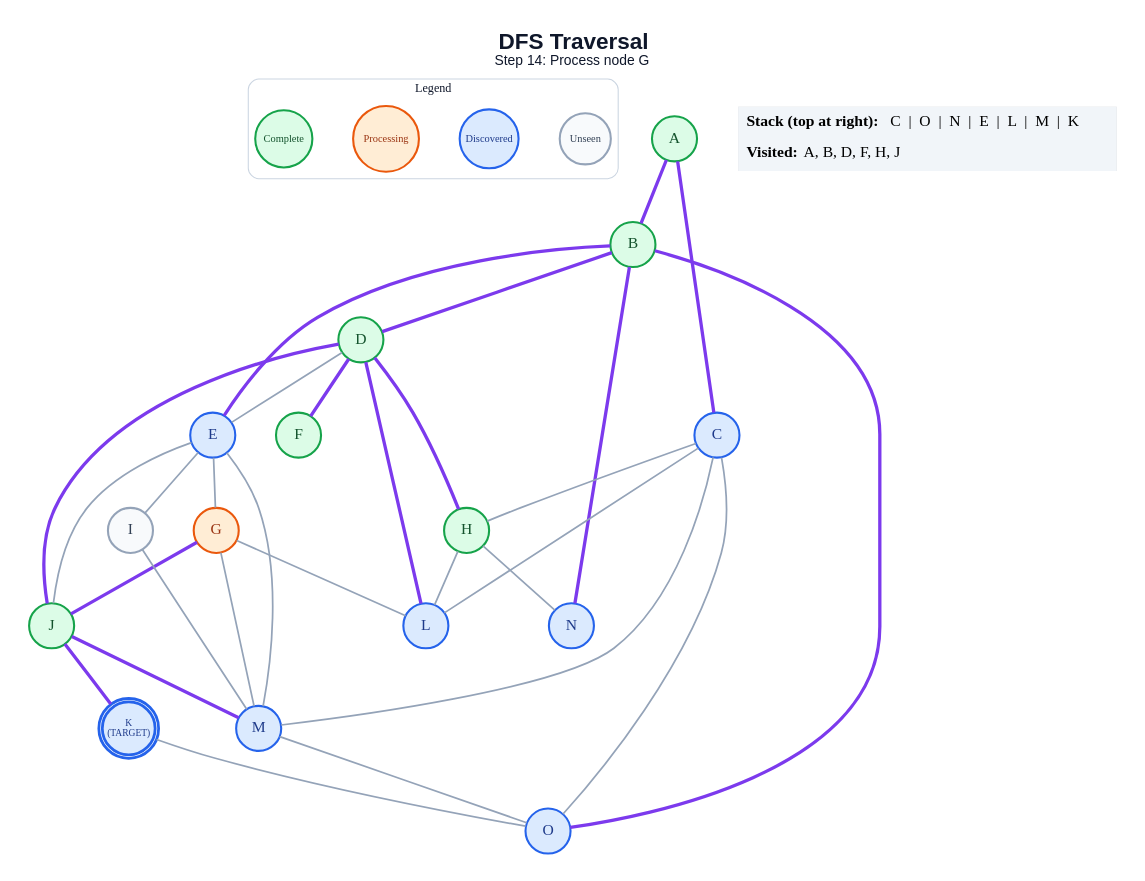
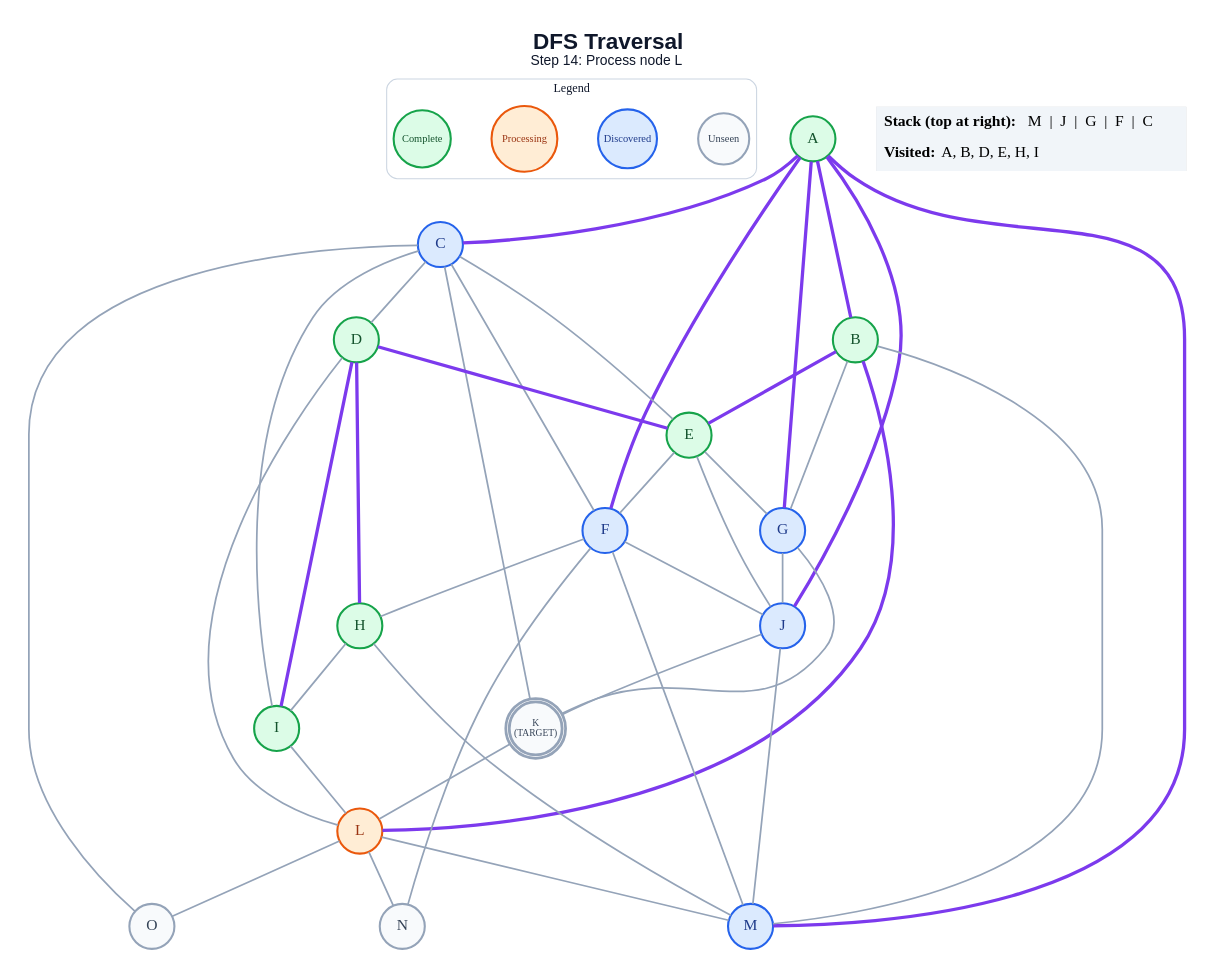
Before and after one commit to anon7238593-create/ai-slop: the diagram in generated/dfs/step_14.dot, drawn with Graphviz. The commit also changed 279 other files, not shown here.

```diff
--- a/generated/dfs/step_14.dot
+++ b/generated/dfs/step_14.dot
@@ -1,63 +1,72 @@
 graph traversal {
   graph [layout=dot, rankdir=TB, bgcolor="#FFFFFF", pad="0.35", nodesep="0.65", ranksep="0.8", fontname="Arial"];
   node [shape=circle, style="filled", fontname="Arial Bold", fontsize=18, width=0.72, fixedsize=true, penwidth=2.4];
   edge [color="#94A3B8", penwidth=2.0];
-  label=<<B>DFS Traversal</B><BR/><FONT POINT-SIZE="16">Step 14: Process node G</FONT>>; labelloc="t"; fontsize=26; fontname="Arial"; fontcolor="#0F172A";
+  label=<<B>DFS Traversal</B><BR/><FONT POINT-SIZE="16">Step 14: Process node L</FONT>>; labelloc="t"; fontsize=26; fontname="Arial"; fontcolor="#0F172A";
   subgraph cluster_legend { label="Legend"; color="#CBD5E1"; penwidth=1.2; style="rounded"; fontsize=14; fontname="Arial Bold";
     key_unseen [label="Unseen", fillcolor="#F8FAFC", color="#94A3B8", fontcolor="#334155", fontsize=12, width=0.82];
     key_frontier [label="Discovered", fillcolor="#DBEAFE", color="#2563EB", fontcolor="#1E3A8A", fontsize=12, width=0.95];
     key_current [label="Processing", fillcolor="#FFEDD5", color="#EA580C", fontcolor="#9A3412", fontsize=12, width=1.05];
     key_done [label="Complete", fillcolor="#DCFCE7", color="#16A34A", fontcolor="#14532D", fontsize=12, width=0.92];
     { rank=same; key_unseen; key_frontier; key_current; key_done; }
   }
   A [label="A", fillcolor="#DCFCE7", color="#16A34A", fontcolor="#14532D", peripheries=1, penwidth=2.4];
   B [label="B", fillcolor="#DCFCE7", color="#16A34A", fontcolor="#14532D", peripheries=1, penwidth=2.4];
   C [label="C", fillcolor="#DBEAFE", color="#2563EB", fontcolor="#1E3A8A", peripheries=1, penwidth=2.4];
   D [label="D", fillcolor="#DCFCE7", color="#16A34A", fontcolor="#14532D", peripheries=1, penwidth=2.4];
-  E [label="E", fillcolor="#DBEAFE", color="#2563EB", fontcolor="#1E3A8A", peripheries=1, penwidth=2.4];
-  F [label="F", fillcolor="#DCFCE7", color="#16A34A", fontcolor="#14532D", peripheries=1, penwidth=2.4];
-  G [label="G", fillcolor="#FFEDD5", color="#EA580C", fontcolor="#9A3412", peripheries=1, penwidth=2.4];
+  E [label="E", fillcolor="#DCFCE7", color="#16A34A", fontcolor="#14532D", peripheries=1, penwidth=2.4];
+  F [label="F", fillcolor="#DBEAFE", color="#2563EB", fontcolor="#1E3A8A", peripheries=1, penwidth=2.4];
+  G [label="G", fillcolor="#DBEAFE", color="#2563EB", fontcolor="#1E3A8A", peripheries=1, penwidth=2.4];
   H [label="H", fillcolor="#DCFCE7", color="#16A34A", fontcolor="#14532D", peripheries=1, penwidth=2.4];
-  I [label="I", fillcolor="#F8FAFC", color="#94A3B8", fontcolor="#334155", peripheries=1, penwidth=2.4];
-  J [label="J", fillcolor="#DCFCE7", color="#16A34A", fontcolor="#14532D", peripheries=1, penwidth=2.4];
-  K [label="K\n(TARGET)", fillcolor="#DBEAFE", color="#2563EB", fontcolor="#1E3A8A", peripheries=2, penwidth=3.2, fontsize=11, width=0.85, height=0.85];
-  L [label="L", fillcolor="#DBEAFE", color="#2563EB", fontcolor="#1E3A8A", peripheries=1, penwidth=2.4];
+  I [label="I", fillcolor="#DCFCE7", color="#16A34A", fontcolor="#14532D", peripheries=1, penwidth=2.4];
+  J [label="J", fillcolor="#DBEAFE", color="#2563EB", fontcolor="#1E3A8A", peripheries=1, penwidth=2.4];
+  K [label="K\n(TARGET)", fillcolor="#F8FAFC", color="#94A3B8", fontcolor="#334155", peripheries=2, penwidth=3.2, fontsize=11, width=0.85, height=0.85];
+  L [label="L", fillcolor="#FFEDD5", color="#EA580C", fontcolor="#9A3412", peripheries=1, penwidth=2.4];
   M [label="M", fillcolor="#DBEAFE", color="#2563EB", fontcolor="#1E3A8A", peripheries=1, penwidth=2.4];
-  N [label="N", fillcolor="#DBEAFE", color="#2563EB", fontcolor="#1E3A8A", peripheries=1, penwidth=2.4];
-  O [label="O", fillcolor="#DBEAFE", color="#2563EB", fontcolor="#1E3A8A", peripheries=1, penwidth=2.4];
+  N [label="N", fillcolor="#F8FAFC", color="#94A3B8", fontcolor="#334155", peripheries=1, penwidth=2.4];
+  O [label="O", fillcolor="#F8FAFC", color="#94A3B8", fontcolor="#334155", peripheries=1, penwidth=2.4];
   A -- B [color="#7C3AED", penwidth=3.8];
   A -- C [color="#7C3AED", penwidth=3.8];
-  B -- D [color="#7C3AED", penwidth=3.8];
+  A -- F [color="#7C3AED", penwidth=3.8];
+  A -- G [color="#7C3AED", penwidth=3.8];
+  A -- J [color="#7C3AED", penwidth=3.8];
+  A -- M [color="#7C3AED", penwidth=3.8];
   B -- E [color="#7C3AED", penwidth=3.8];
-  B -- N [color="#7C3AED", penwidth=3.8];
-  B -- O [color="#7C3AED", penwidth=3.8];
-  C -- H;
-  C -- L;
-  C -- M;
+  B -- G;
+  B -- L [color="#7C3AED", penwidth=3.8];
+  B -- M;
+  C -- D;
+  C -- E;
+  C -- F;
+  C -- I;
+  C -- K;
   C -- O;
-  D -- E;
-  D -- F [color="#7C3AED", penwidth=3.8];
+  D -- E [color="#7C3AED", penwidth=3.8];
   D -- H [color="#7C3AED", penwidth=3.8];
-  D -- J [color="#7C3AED", penwidth=3.8];
-  D -- L [color="#7C3AED", penwidth=3.8];
+  D -- I [color="#7C3AED", penwidth=3.8];
+  D -- L;
+  E -- F;
   E -- G;
-  E -- I;
   E -- J;
-  E -- M;
-  G -- J [color="#7C3AED", penwidth=3.8];
-  G -- L;
-  G -- M;
-  H -- L;
-  H -- N;
-  I -- M;
-  J -- K [color="#7C3AED", penwidth=3.8];
-  J -- M [color="#7C3AED", penwidth=3.8];
-  K -- O;
-  M -- O;
+  F -- H;
+  F -- J;
+  F -- M;
+  F -- N;
+  G -- J;
+  G -- K;
+  H -- I;
+  H -- M;
+  I -- L;
+  J -- K;
+  J -- M;
+  K -- L;
+  L -- M;
+  L -- N;
+  L -- O;
   status [shape=plain, fixedsize=false, width=0, height=0, margin=0, label=<
     <TABLE BORDER="0" CELLBORDER="0" CELLPADDING="7" BGCOLOR="#F1F5F9">
-      <TR><TD ALIGN="LEFT"><B>Stack (top at right):</B> C  |  O  |  N  |  E  |  L  |  M  |  K</TD></TR>
-      <TR><TD ALIGN="LEFT"><B>Visited:</B> A, B, D, F, H, J</TD></TR>
+      <TR><TD ALIGN="LEFT"><B>Stack (top at right):</B> M  |  J  |  G  |  F  |  C</TD></TR>
+      <TR><TD ALIGN="LEFT"><B>Visited:</B> A, B, D, E, H, I</TD></TR>
     </TABLE>
   >];
 }
```
